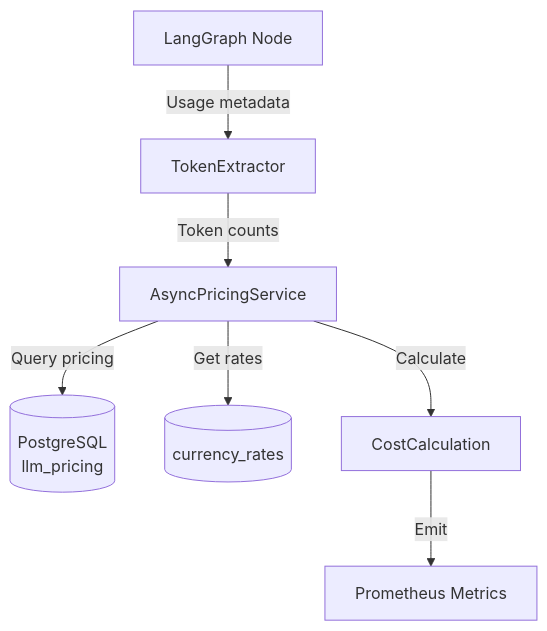
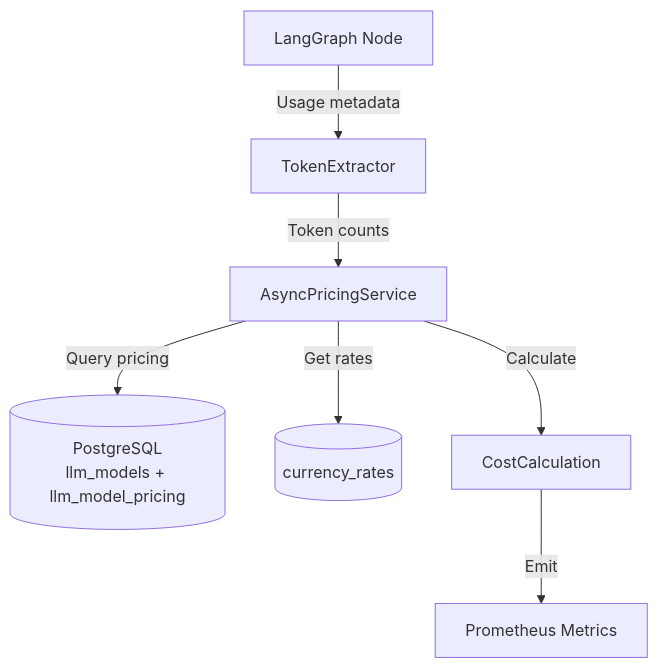
Before and after one commit to jgouviergmail/LIA-Assistant: the first of 2 diagrams in docs/technical/LLM_PRICING_MANAGEMENT.md, drawn with Mermaid. The commit also changed other lines of this file and 31 other files, not shown here.

````diff
--- a/docs/technical/LLM_PRICING_MANAGEMENT.md
+++ b/docs/technical/LLM_PRICING_MANAGEMENT.md
@@ -42,9 +44,9 @@
 ```mermaid
 graph TB
     Node[LangGraph Node] -->|Usage metadata| Extractor[TokenExtractor]
     Extractor -->|Token counts| Service[AsyncPricingService]
-    Service -->|Query pricing| DB[(PostgreSQL<br/>llm_pricing)]
+    Service -->|Query pricing| DB[(PostgreSQL<br/>llm_models + llm_model_pricing)]
     Service -->|Get rates| Currency[(currency_rates)]
     Service -->|Calculate| Cost[CostCalculation]
     Cost -->|Emit| Metrics[Prometheus Metrics]
 ```
````
